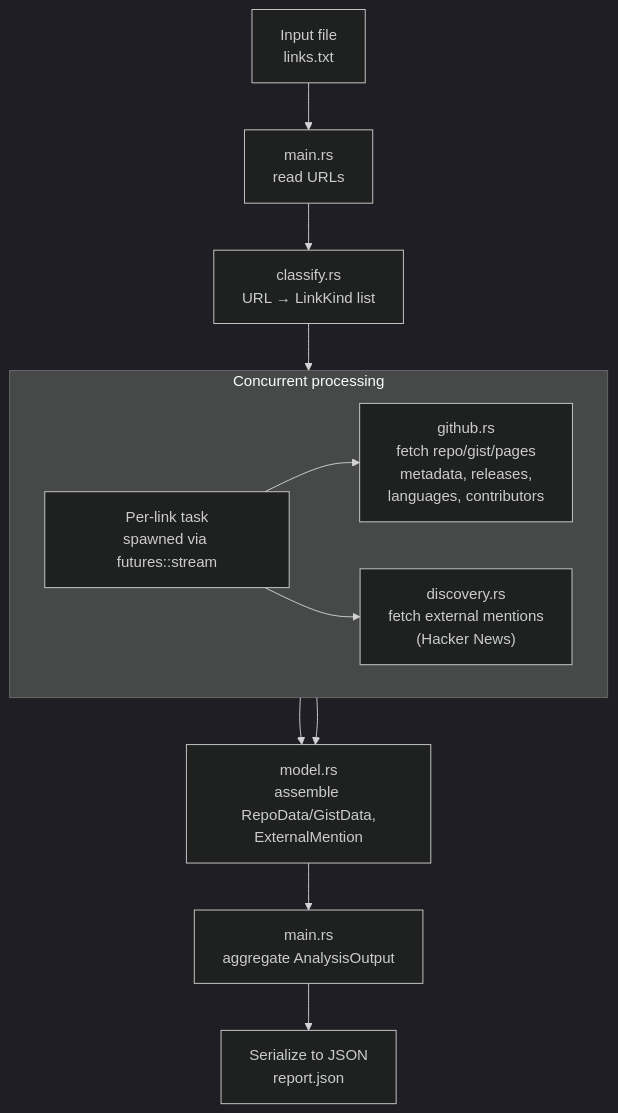
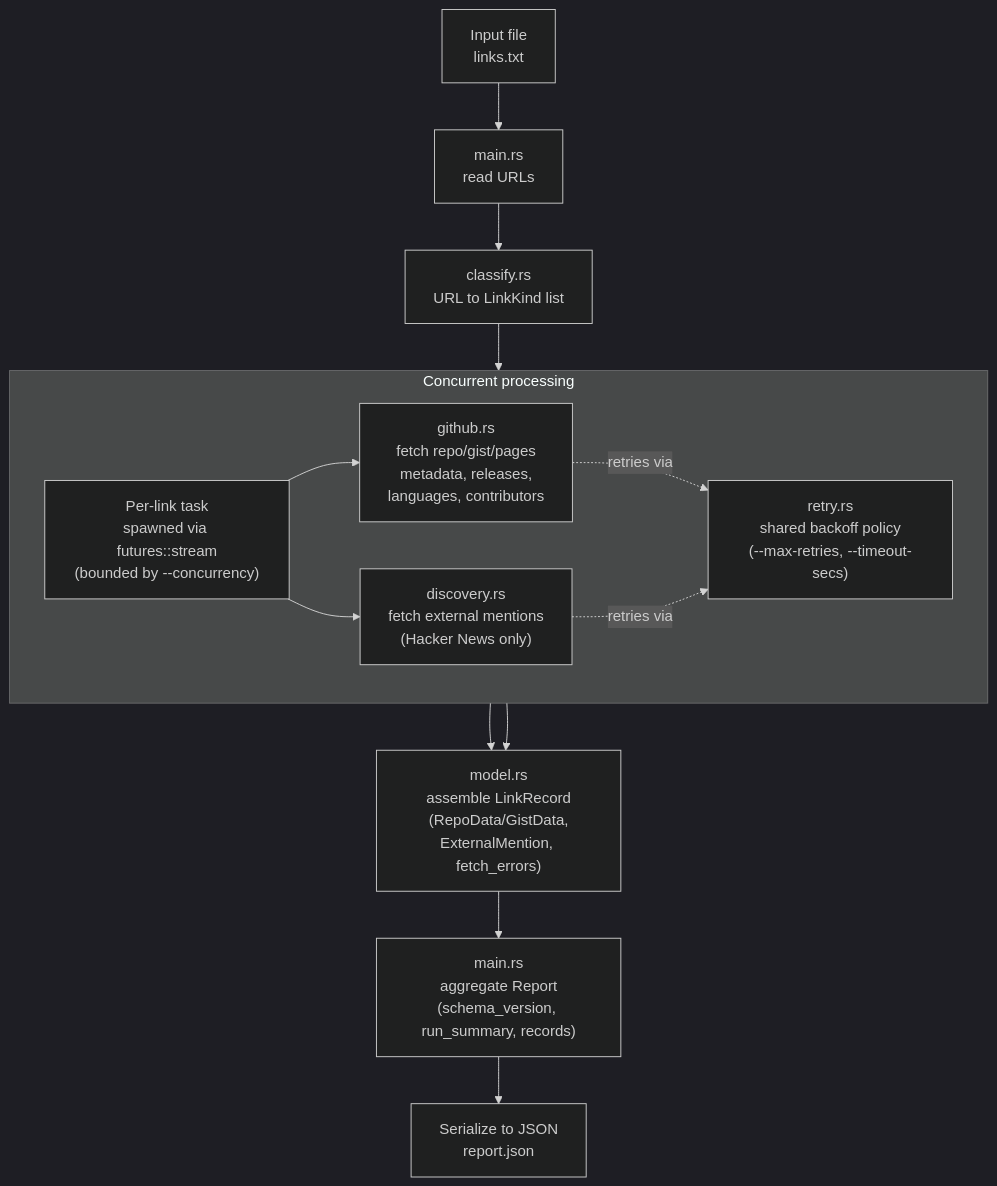
One commit to craigrandall/ghlinks changed the diagram in docs/pipeline.mmd. Above: the diagram before and after it, drawn with Mermaid (dark theme). The commit also changed 12 other files, not shown here.

```diff
--- a/docs/pipeline.mmd
+++ b/docs/pipeline.mmd
@@ -1,19 +1,21 @@
 flowchart TD
     A["Input file\nlinks.txt"] --> B["main.rs\nread URLs"]
 
-    B --> C["classify.rs\nURL → LinkKind list"]
+    B --> C["classify.rs\nURL to LinkKind list"]
 
     subgraph Concurrent processing
         direction LR
-        D["Per-link task\nspawned via futures::stream"]
+        D["Per-link task\nspawned via futures::stream\n(bounded by --concurrency)"]
         D --> E["github.rs\nfetch repo/gist/pages\nmetadata, releases,\nlanguages, contributors"]
-        D --> F["discovery.rs\nfetch external mentions\n(Hacker News)"]
+        D --> F["discovery.rs\nfetch external mentions\n(Hacker News only)"]
+        E -.retries via.-> RT["retry.rs\nshared backoff policy\n(--max-retries, --timeout-secs)"]
+        F -.retries via.-> RT
     end
 
     C --> D
 
-    E --> G["model.rs\nassemble RepoData/GistData,\nExternalMention"]
+    E --> G["model.rs\nassemble LinkRecord\n(RepoData/GistData,\nExternalMention, fetch_errors)"]
     F --> G
 
-    G --> H["main.rs\naggregate AnalysisOutput"]
+    G --> H["main.rs\naggregate Report\n(schema_version, run_summary, records)"]
     H --> I["Serialize to JSON\nreport.json"]
```
